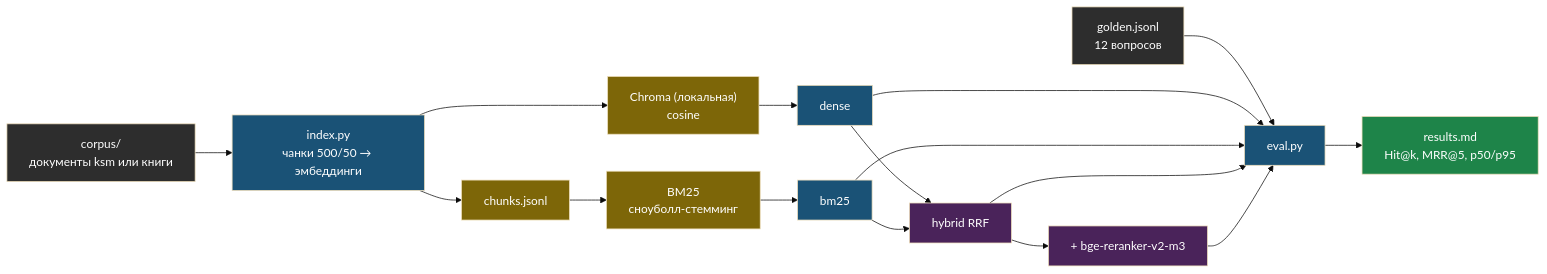
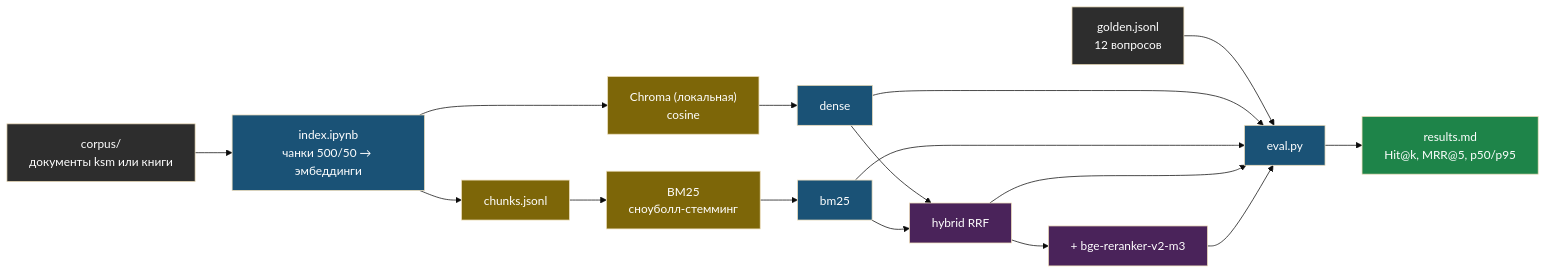
The diagram in docs/books/02-rag-deep/chapter-02.md (iRoboTron/ai-engineering), drawn with Mermaid (base theme) before and after one commit. The commit also changed other lines of this file and 49 other files, not shown here.

````diff
--- a/docs/books/02-rag-deep/chapter-02.md
+++ b/docs/books/02-rag-deep/chapter-02.md
@@ -9,31 +9,31 @@
 ```mermaid
 flowchart LR
-    C["corpus/\nдокументы ksm или книги"] --> IDX["index.py\nчанки 500/50 → эмбеддинги"]
+    C["corpus/\nдокументы ksm или книги"] --> IDX["index.ipynb\nчанки 500/50 → эмбеддинги"]
     IDX --> CH["chunks.jsonl"]
     IDX --> VS["Chroma (локальная)\ncosine"]
     CH --> BM["BM25\nсноуболл-стемминг"]
     G["golden.jsonl\n12 вопросов"] --> EV["eval.py"]
     VS --> R1["dense"]
     BM --> R2["bm25"]
     R1 --> R3["hybrid RRF"]
     R2 --> R3
     R3 --> R4["+ bge-reranker-v2-m3"]
     R1 --> EV
     R2 --> EV
     R3 --> EV
     R4 --> EV
     EV --> RES["results.md\nHit@k, MRR@5, p50/p95"]
 
     style C fill:#2d2d2d,color:#fff
     style G fill:#2d2d2d,color:#fff
     style IDX fill:#1a5276,color:#fff
     style CH fill:#7d6608,color:#fff
     style VS fill:#7d6608,color:#fff
     style BM fill:#7d6608,color:#fff
     style R1 fill:#1a5276,color:#fff
     style R2 fill:#1a5276,color:#fff
     style R3 fill:#4a235a,color:#fff
     style R4 fill:#4a235a,color:#fff
     style EV fill:#1a5276,color:#fff
     style RES fill:#1e8449,color:#fff
 ```
````
